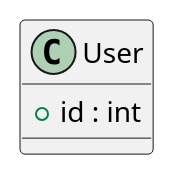
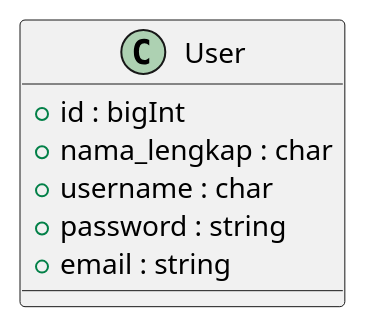
Before and after one commit to aldhix/bukdis: the diagram in diagram_class.plantuml, drawn with PlantUML.

Commit message:
Diagram Class

```diff
--- a/diagram_class.plantuml
+++ b/diagram_class.plantuml
@@ -1,7 +1,11 @@
 @startuml Bukdis V.2
 
 class User {
-    + id : int
+    + id : bigInt
+    + nama_lengkap : char
+    + username : char
+    + password : string
+    + email : string
 }
 
 @enduml
```
